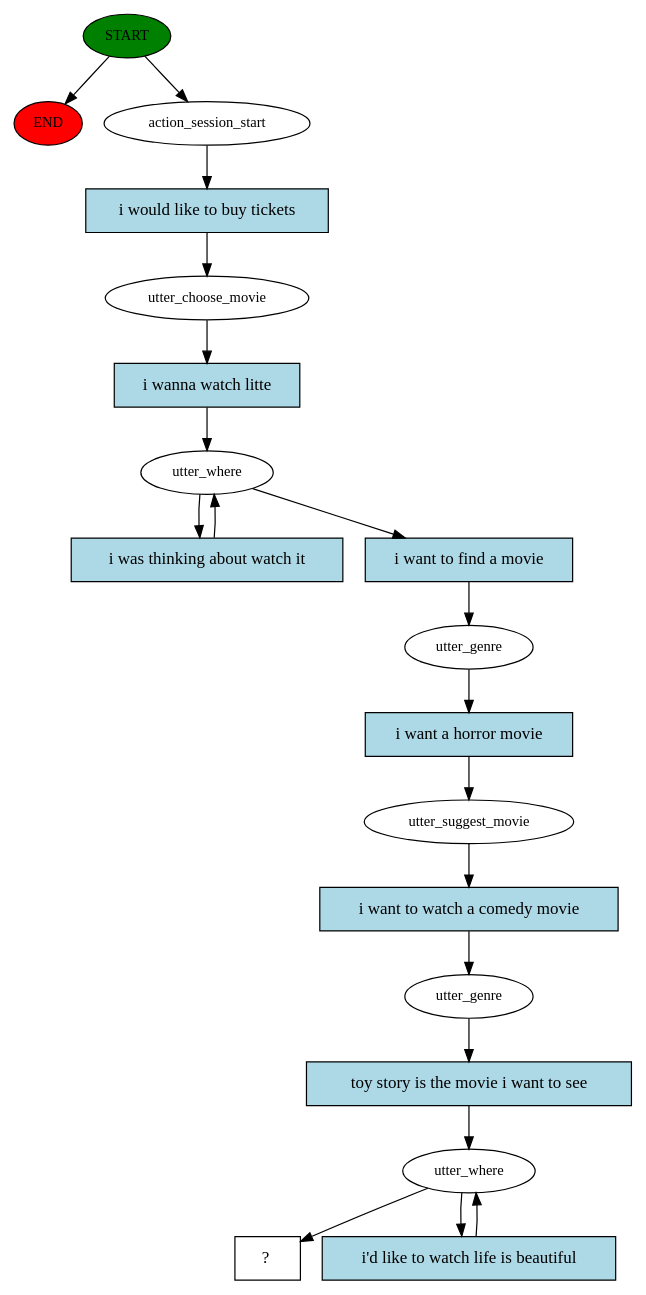
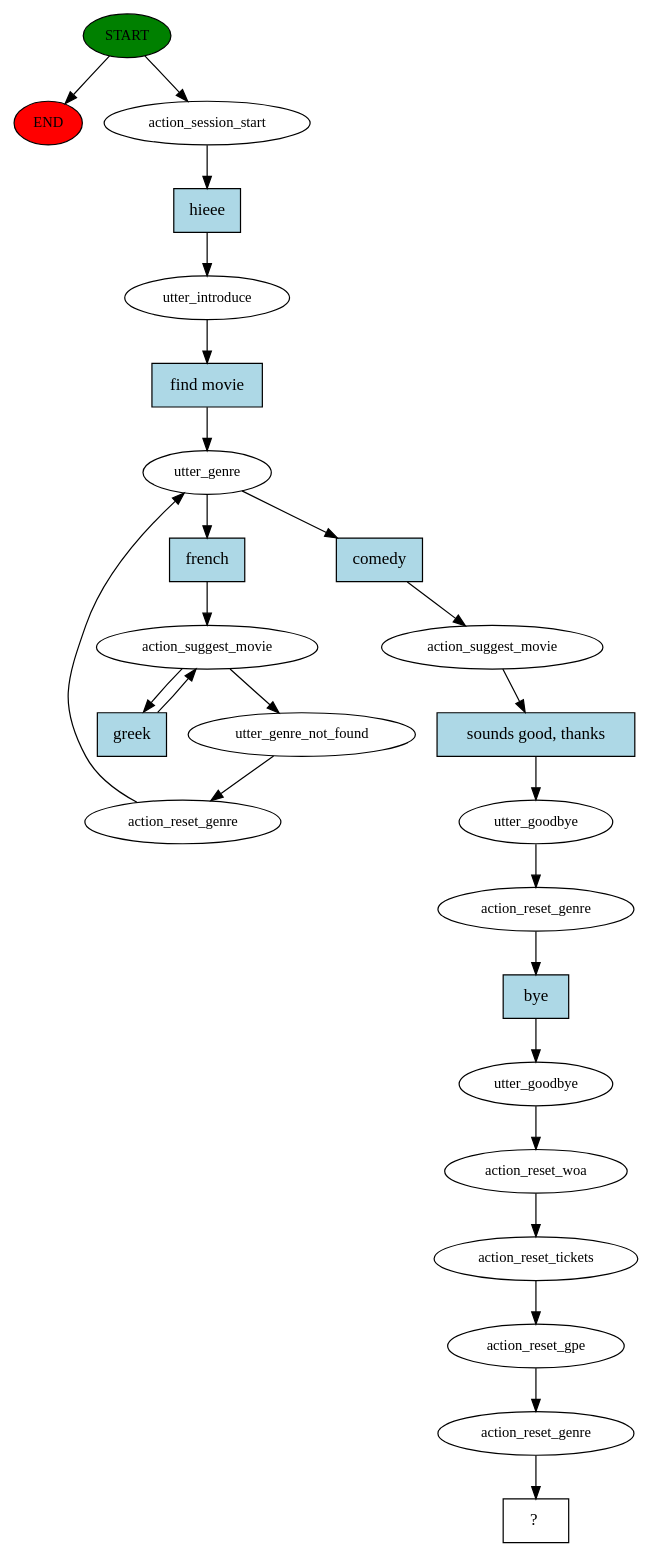
One commit to menezesmalu/chatbot changed the diagram in story_graph.dot. Above: the diagram before and after it, drawn with Graphviz. The commit also changed 4 other files, not shown here.

Commit message:
Add story of genre not found

```diff
--- a/story_graph.dot
+++ b/story_graph.dot
@@ -1,39 +1,51 @@
 digraph  {
 0 [class="start active", fillcolor=green, fontsize=12, label=START, style=filled];
 "-1" [class=end, fillcolor=red, fontsize=12, label=END, style=filled];
 1 [class=active, fontsize=12, label=action_session_start];
-2 [class=active, fontsize=12, label=utter_choose_movie];
-3 [class=active, fontsize=12, label=utter_where];
-6 [class=active, fontsize=12, label=utter_genre];
-7 [class=active, fontsize=12, label=utter_suggest_movie];
-8 [class=active, fontsize=12, label=utter_genre];
-9 [class=active, fontsize=12, label=utter_where];
-19 [class="intent dashed active", label="  ?  ", shape=rect];
-20 [class="intent active", fillcolor=lightblue, label="i would like to buy tickets", shape=rect, style=filled];
-21 [class="intent active", fillcolor=lightblue, label="i wanna watch litte", shape=rect, style=filled];
-22 [class="intent active", fillcolor=lightblue, label="i was thinking about watch it", shape=rect, style=filled];
-23 [class="intent active", fillcolor=lightblue, label="i want to find a movie", shape=rect, style=filled];
-24 [class="intent active", fillcolor=lightblue, label="i want a horror movie", shape=rect, style=filled];
-25 [class="intent active", fillcolor=lightblue, label="i want to watch a comedy movie", shape=rect, style=filled];
-26 [class="intent active", fillcolor=lightblue, label="toy story is the movie i want to see", shape=rect, style=filled];
-27 [class="intent active", fillcolor=lightblue, label="i'd like to watch life is beautiful", shape=rect, style=filled];
+2 [class=active, fontsize=12, label=utter_introduce];
+3 [class=active, fontsize=12, label=utter_genre];
+4 [class=active, fontsize=12, label=action_suggest_movie];
+5 [class=active, fontsize=12, label=utter_genre_not_found];
+6 [class=active, fontsize=12, label=action_reset_genre];
+18 [class=active, fontsize=12, label=action_suggest_movie];
+19 [class=active, fontsize=12, label=utter_goodbye];
+20 [class=active, fontsize=12, label=action_reset_genre];
+21 [class=active, fontsize=12, label=utter_goodbye];
+22 [class=active, fontsize=12, label=action_reset_woa];
+23 [class=active, fontsize=12, label=action_reset_tickets];
+24 [class=active, fontsize=12, label=action_reset_gpe];
+25 [class=active, fontsize=12, label=action_reset_genre];
+26 [class="intent dashed active", label="  ?  ", shape=rect];
+27 [class="intent active", fillcolor=lightblue, label=hieee, shape=rect, style=filled];
+28 [class="intent active", fillcolor=lightblue, label="find movie", shape=rect, style=filled];
+29 [class="intent active", fillcolor=lightblue, label=french, shape=rect, style=filled];
+30 [class="intent active", fillcolor=lightblue, label=comedy, shape=rect, style=filled];
+31 [class="intent active", fillcolor=lightblue, label=greek, shape=rect, style=filled];
+32 [class="intent active", fillcolor=lightblue, label="sounds good, thanks", shape=rect, style=filled];
+33 [class="intent active", fillcolor=lightblue, label=bye, shape=rect, style=filled];
 0 -> "-1"  [class="", key=NONE, label=""];
 0 -> 1  [class=active, key=NONE, label=""];
-1 -> 20  [class=active, key=0];
-2 -> 21  [class=active, key=0];
-3 -> 22  [class=active, key=0];
-3 -> 23  [class=active, key=0];
-6 -> 24  [class=active, key=0];
-7 -> 25  [class=active, key=0];
-8 -> 26  [class=active, key=0];
-9 -> 19  [class=active, key=NONE, label=""];
-9 -> 27  [class=active, key=0];
-20 -> 2  [class=active, key=0];
-21 -> 3  [class=active, key=0];
-22 -> 3  [class=active, key=0];
-23 -> 6  [class=active, key=0];
-24 -> 7  [class=active, key=0];
-25 -> 8  [class=active, key=0];
-26 -> 9  [class=active, key=0];
-27 -> 9  [class=active, key=0];
+1 -> 27  [class=active, key=0];
+2 -> 28  [class=active, key=0];
+3 -> 29  [class=active, key=0];
+3 -> 30  [class=active, key=0];
+4 -> 5  [class=active, key=NONE, label=""];
+4 -> 31  [class=active, key=0];
+5 -> 6  [class=active, key=NONE, label=""];
+6 -> 3  [class=active, key=NONE, label=""];
+18 -> 32  [class=active, key=0];
+19 -> 20  [class=active, key=NONE, label=""];
+20 -> 33  [class=active, key=0];
+21 -> 22  [class=active, key=NONE, label=""];
+22 -> 23  [class=active, key=NONE, label=""];
+23 -> 24  [class=active, key=NONE, label=""];
+24 -> 25  [class=active, key=NONE, label=""];
+25 -> 26  [class=active, key=NONE, label=""];
+27 -> 2  [class=active, key=0];
+28 -> 3  [class=active, key=0];
+29 -> 4  [class=active, key=0];
+30 -> 18  [class=active, key=0];
+31 -> 4  [class=active, key=0];
+32 -> 19  [class=active, key=0];
+33 -> 21  [class=active, key=0];
 }
```
